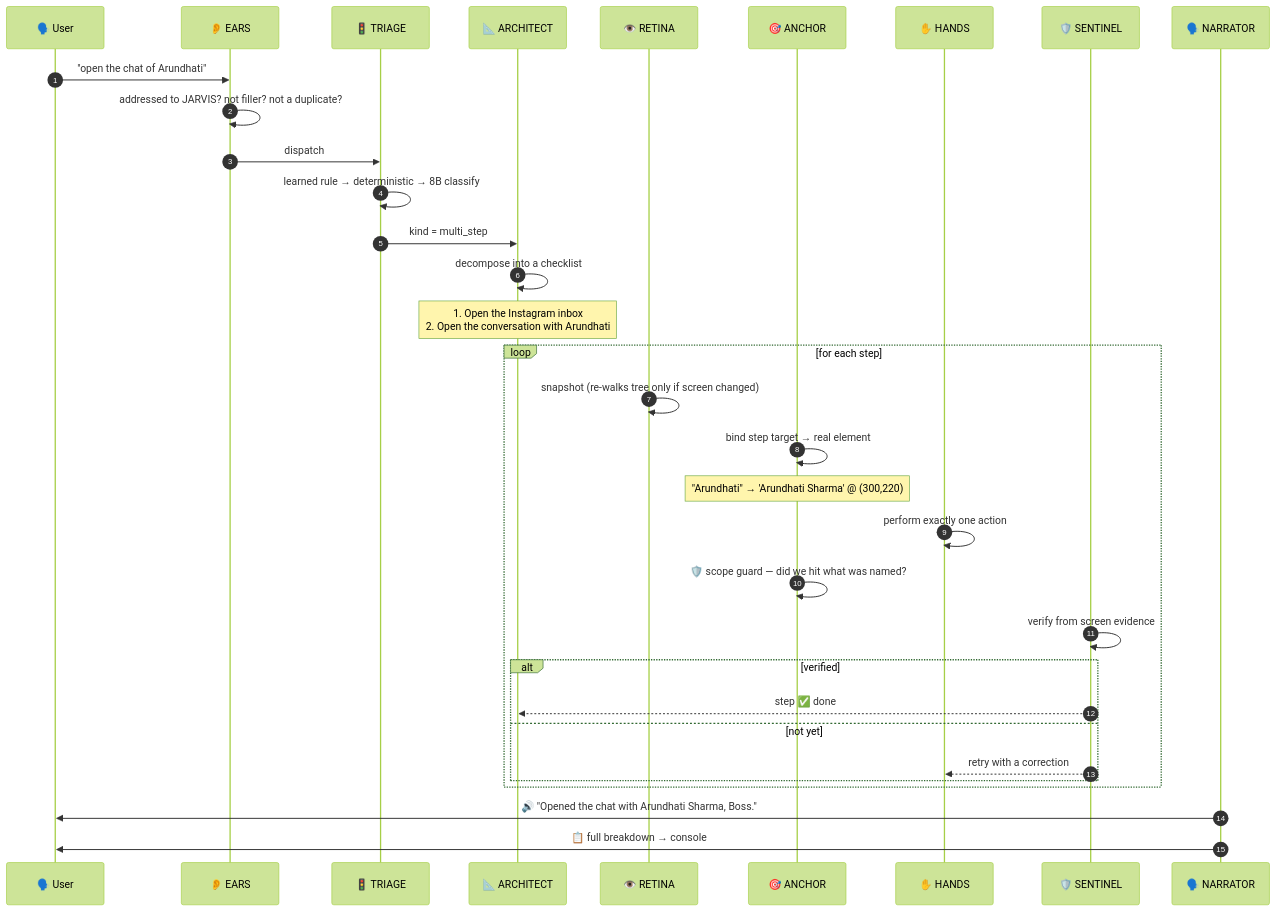
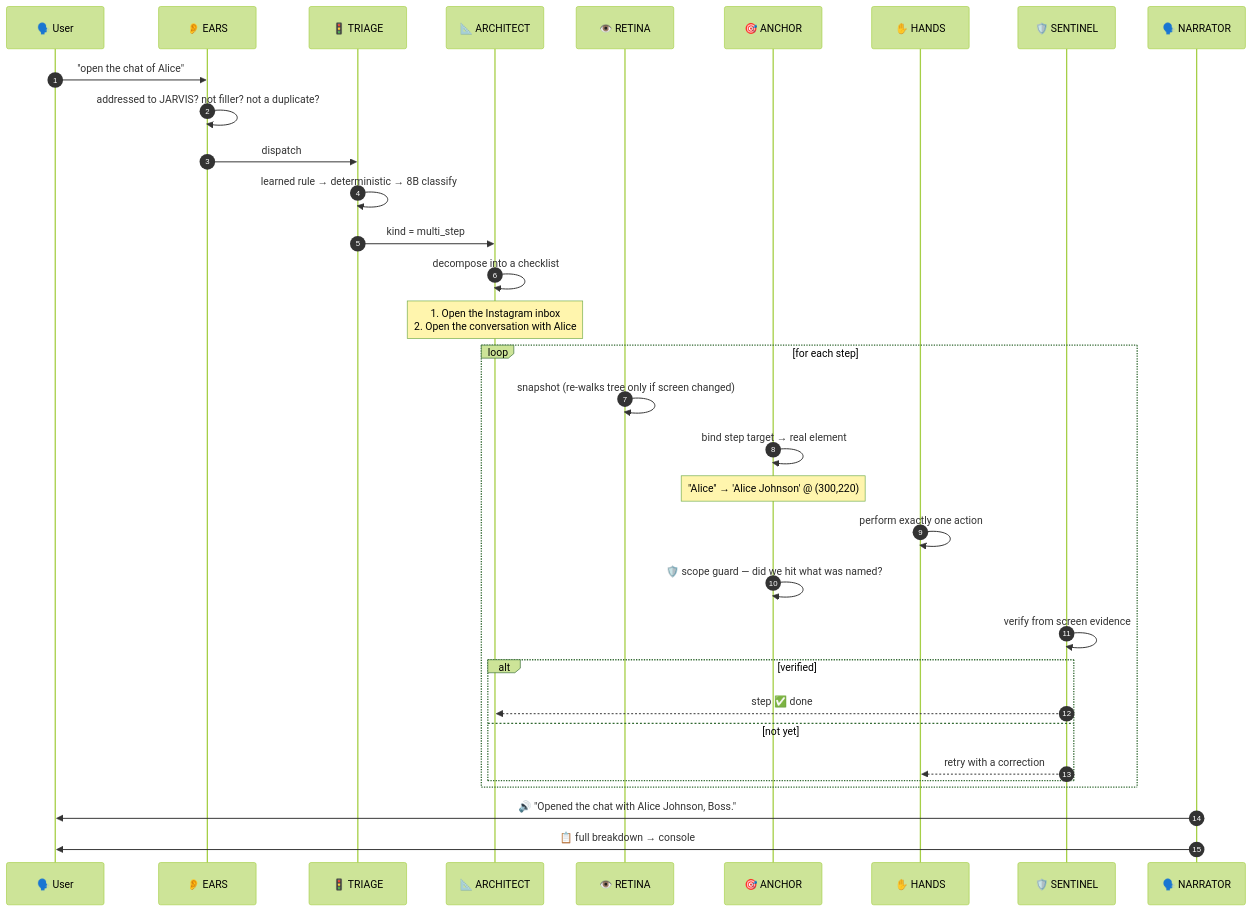
The fourth of 6 diagrams in README.md (SwaRaaaj/Jarvis2.0), drawn with Mermaid (forest theme) before and after one commit. The commit also changed other lines of this file and 13 other files, not shown here.

````diff
--- a/README.md
+++ b/README.md
@@ -268,40 +342,40 @@
 ```mermaid
 sequenceDiagram
     autonumber
     participant U as 🗣️ User
     participant E as 👂 EARS
     participant T as 🚦 TRIAGE
     participant A as 📐 ARCHITECT
     participant R as 👁️ RETINA
     participant AN as 🎯 ANCHOR
     participant H as ✋ HANDS
     participant S as 🛡️ SENTINEL
     participant N as 🗣️ NARRATOR
 
-    U->>E: "open the chat of Arundhati"
+    U->>E: "open the chat of Alice"
     E->>E: addressed to JARVIS? not filler? not a duplicate?
     E->>T: dispatch
 
     T->>T: learned rule → deterministic → 8B classify
     T->>A: kind = multi_step
 
     A->>A: decompose into a checklist
-    Note over A: 1. Open the Instagram inbox<br/>2. Open the conversation with Arundhati
+    Note over A: 1. Open the Instagram inbox<br/>2. Open the conversation with Alice
 
     loop for each step
         R->>R: snapshot (re-walks tree only if screen changed)
         AN->>AN: bind step target → real element
-        Note over AN: "Arundhati" → 'Arundhati Sharma' @ (300,220)
+        Note over AN: "Alice" → 'Alice Johnson' @ (300,220)
         H->>H: perform exactly one action
         AN->>AN: 🛡️ scope guard — did we hit what was named?
         S->>S: verify from screen evidence
         alt verified
             S-->>A: step ✅ done
         else not yet
             S-->>H: retry with a correction
         end
     end
 
-    N->>U: 🔊 "Opened the chat with Arundhati Sharma, Boss."
+    N->>U: 🔊 "Opened the chat with Alice Johnson, Boss."
     N->>U: 📋 full breakdown → console
 ```
````
